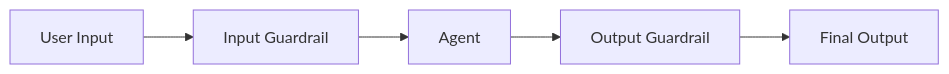
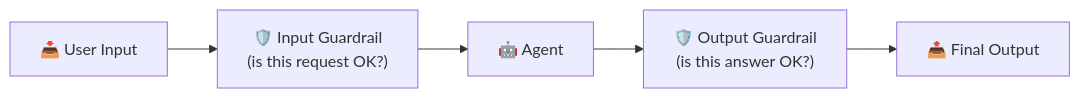
Diagram 14 of 31 in Agentic Ai Learning/08 Open-ai-agent-sdk/00 Introduction/Readme.md (maliksiddiq/learning-agentic-ai), drawn with Mermaid before and after one commit. The commit also changed other lines of this file, not shown here.

Commit message:
Introduction OF open-ai-agent-sdk

````diff
--- a/Agentic Ai Learning/08 Open-ai-agent-sdk/00 Introduction/Readme.md
+++ b/Agentic Ai Learning/08 Open-ai-agent-sdk/00 Introduction/Readme.md
@@ -270,4 +333,4 @@
 ```mermaid
 flowchart LR
-    UI[User Input] --> IG[Input Guardrail] --> Ag[Agent] --> OG[Output Guardrail] --> F[Final Output]
+    UI["📥 User Input"] --> IG["🛡️ Input Guardrail<br/>(is this request OK?)"] --> Ag["🤖 Agent"] --> OG["🛡️ Output Guardrail<br/>(is this answer OK?)"] --> F["📤 Final Output"]
 ```
````
